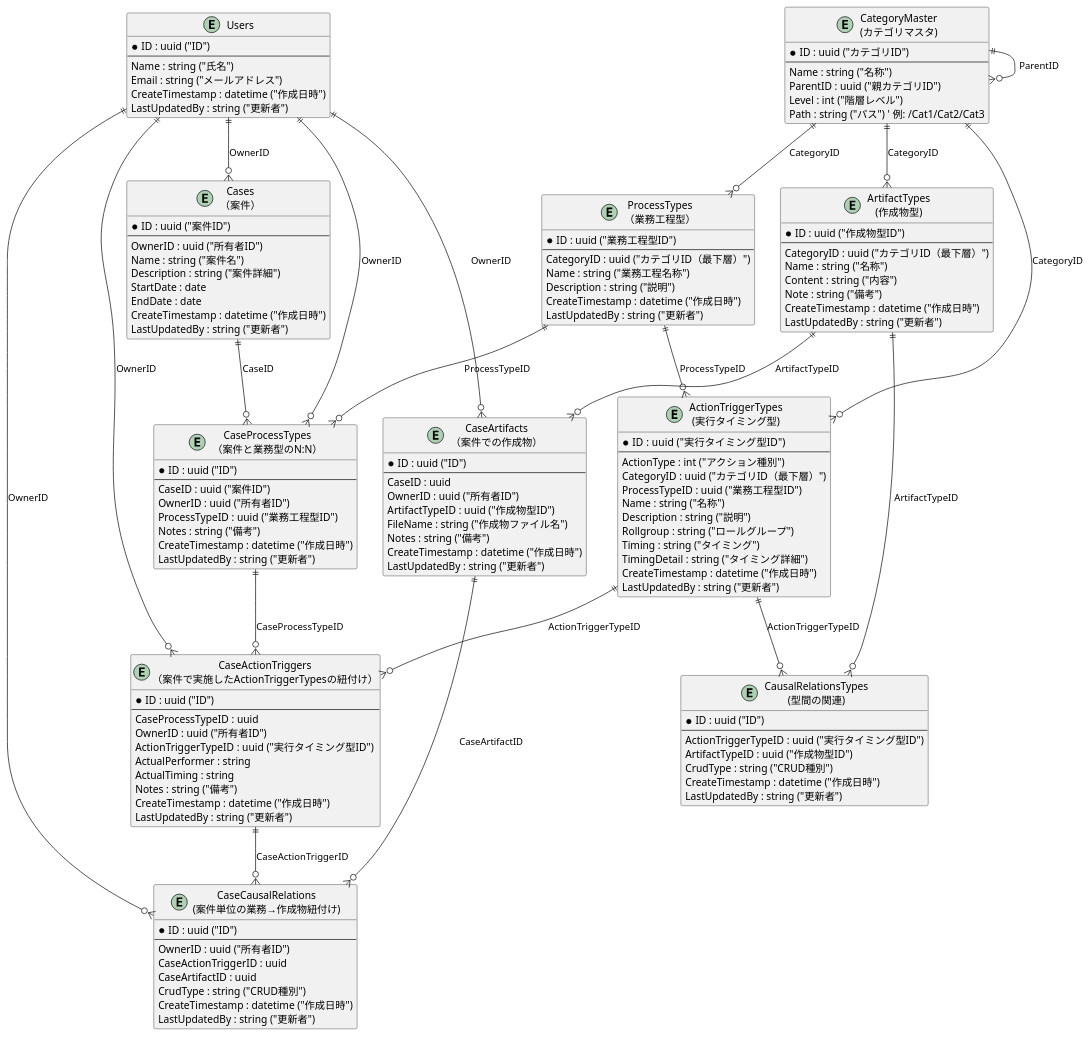
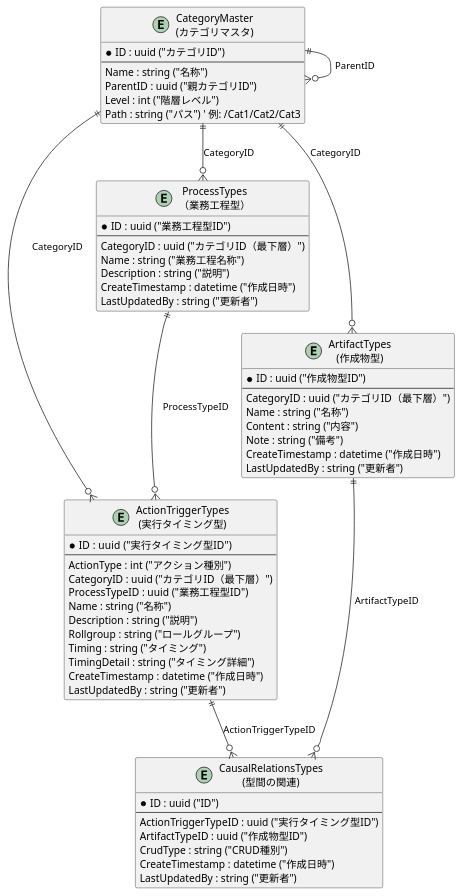
The diagram in spec/ER.md (nojaja/state-matrix-web), drawn with PlantUML before and after one commit. The commit also changed 1 other file, not shown here.

Commit message:
ER図を全部入りと最小限版で分割

```diff
--- a/spec/ER.md
+++ b/spec/ER.md
@@ -1,16 +1,4 @@
 @startuml
-
-' ==============================
-' ユーザーテーブル
-' ==============================
-entity "Users" as Users {
-    * ID : uuid ("ID")
-    --
-    Name : string ("氏名")
-    Email : string ("メールアドレス")
-    CreateTimestamp : datetime ("作成日時")
-    LastUpdatedBy : string ("更新者")
-}
 
 ' ==============================
 ' Category マスタテーブル(カテゴリマスタ)
@@ -82,86 +70,7 @@
     LastUpdatedBy : string ("更新者")
 }
 
-' ==============================
-' Cases テーブル（案件）
-' ==============================
-entity "Cases\n（案件）" as Cases {
-    * ID : uuid ("案件ID")
-    --
-    OwnerID : uuid ("所有者ID")
-    Name : string ("案件名")
-    Description : string ("案件詳細")
-    StartDate : date
-    EndDate : date
-    CreateTimestamp : datetime ("作成日時")
-    LastUpdatedBy : string ("更新者")
-}
-
-' ==============================
-' CaseProcessTypes テーブル（案件と業務型のN:N）
-' ==============================
-entity "CaseProcessTypes\n（案件と業務型のN:N）" as CaseProcessTypes {
-    * ID : uuid ("ID")
-    --
-    CaseID : uuid ("案件ID")
-    OwnerID : uuid ("所有者ID")
-    ProcessTypeID : uuid ("業務工程型ID")
-    Notes : string ("備考")
-    CreateTimestamp : datetime ("作成日時")
-    LastUpdatedBy : string ("更新者")
-}
-
-' ==============================
-' CaseActionTriggers テーブル（案件で実施したActionTriggerTypesの紐付け）
-' ==============================
-entity "CaseActionTriggers\n（案件で実施したActionTriggerTypesの紐付け）" as CaseActionTriggers {
-    * ID : uuid ("ID")
-    --
-    CaseProcessTypeID : uuid
-    OwnerID : uuid ("所有者ID")
-    ActionTriggerTypeID : uuid ("実行タイミング型ID")
-    ActualPerformer : string
-    ActualTiming : string
-    Notes : string ("備考")
-    CreateTimestamp : datetime ("作成日時")
-    LastUpdatedBy : string ("更新者")
-}
-
-' ==============================
-' CaseArtifacts テーブル（案件での作成物）
-' ==============================
-entity "CaseArtifacts\n（案件での作成物）" as CaseArtifacts {
-    * ID : uuid ("ID")
-    --
-    CaseID : uuid
-    OwnerID : uuid ("所有者ID")
-    ArtifactTypeID : uuid ("作成物型ID")
-    FileName : string ("作成物ファイル名")
-    Notes : string ("備考")
-    CreateTimestamp : datetime ("作成日時")
-    LastUpdatedBy : string ("更新者")
-}
-
-' ==============================
-' CaseCausalRelations テーブル（案件単位の業務→作成物紐付け）
-' ==============================
-entity "CaseCausalRelations\n(案件単位の業務→作成物紐付け)" as CaseCausalRelations {
-    * ID : uuid ("ID")
-    --
-    OwnerID : uuid ("所有者ID")
-    CaseActionTriggerID : uuid
-    CaseArtifactID : uuid
-    CrudType : string ("CRUD種別")
-    CreateTimestamp : datetime ("作成日時")
-    LastUpdatedBy : string ("更新者")
-}
-
 ' --- リレーション ---
-Users ||--o{ Cases                 : "OwnerID"
-Users ||--o{ CaseProcessTypes          : "OwnerID"
-Users ||--o{ CaseActionTriggers    : "OwnerID"
-Users ||--o{ CaseArtifacts         : "OwnerID"
-Users ||--o{ CaseCausalRelations   : "OwnerID"
 
 CategoryMaster ||--o{ ActionTriggerTypes : "CategoryID"
 CategoryMaster ||--o{ ArtifactTypes      : "CategoryID"
@@ -172,15 +81,6 @@
 ArtifactTypes      ||--o{ CausalRelationsTypes : "ArtifactTypeID"
 
 ProcessTypes ||--o{ ActionTriggerTypes : "ProcessTypeID"
-ProcessTypes ||--o{ CaseProcessTypes       : "ProcessTypeID"
-CaseProcessTypes ||--o{ CaseActionTriggers : "CaseProcessTypeID"
 
-Cases ||--o{ CaseProcessTypes        : "CaseID"
-
-ActionTriggerTypes ||--o{ CaseActionTriggers : "ActionTriggerTypeID"
-ArtifactTypes      ||--o{ CaseArtifacts      : "ArtifactTypeID"
-
-CaseActionTriggers ||--o{ CaseCausalRelations : "CaseActionTriggerID"
-CaseArtifacts      ||--o{ CaseCausalRelations : "CaseArtifactID"
 
 @enduml
```
